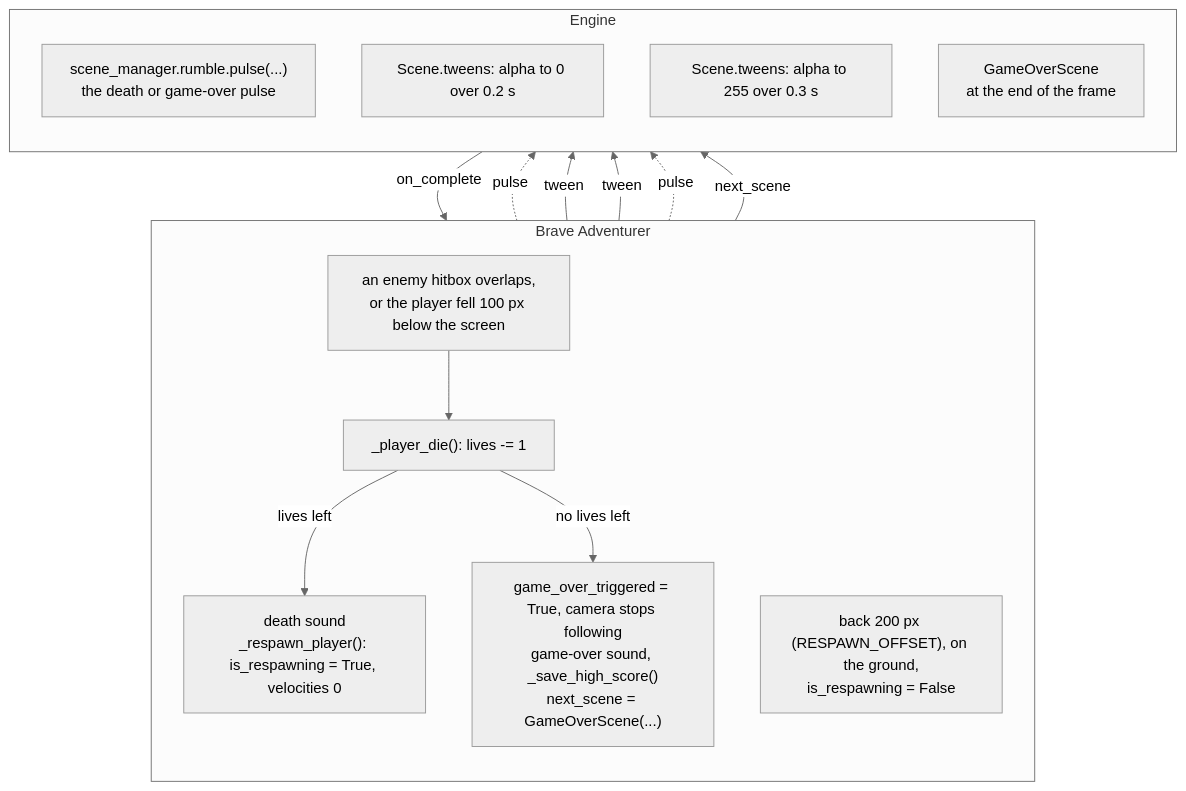
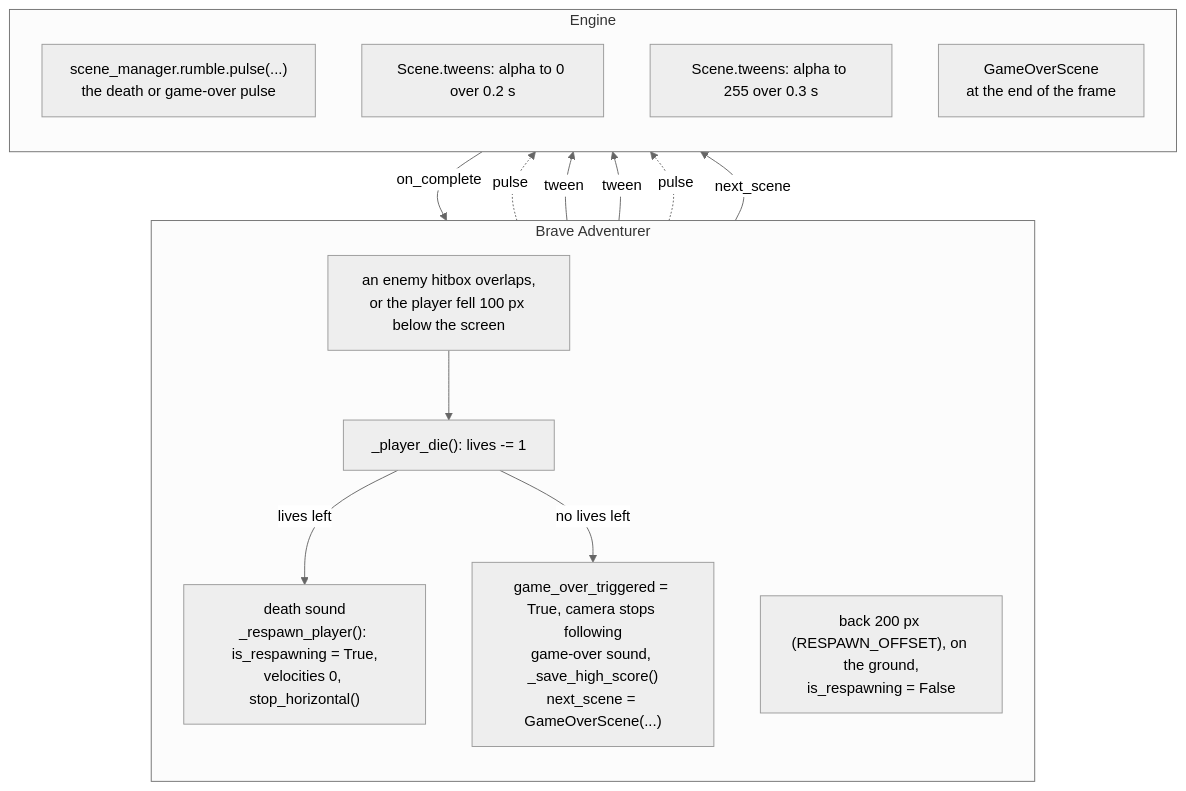
The third of 7 diagrams in docs/games/brave_adventurer.md (terrysimons/glitchygames), drawn with Mermaid (neutral theme) before and after one commit. The commit also changed other lines of this file and 93 other files, not shown here.

````diff
--- a/docs/games/brave_adventurer.md
+++ b/docs/games/brave_adventurer.md
@@ -276,28 +280,28 @@
 ```mermaid
 flowchart TB
     subgraph GAME_DEATH["Brave Adventurer"]
         direction TB
         hit["an enemy hitbox overlaps,<br/>or the player fell 100 px below the screen"]
         die["_player_die#40;#41;: lives -= 1"]
-        respawn["death sound<br/>_respawn_player#40;#41;: is_respawning = True, velocities 0"]
+        respawn["death sound<br/>_respawn_player#40;#41;: is_respawning = True,<br/>velocities 0, stop_horizontal#40;#41;"]
         place["back 200 px #40;RESPAWN_OFFSET#41;, on the ground,<br/>is_respawning = False"]
         over["game_over_triggered = True, camera stops following<br/>game-over sound, _save_high_score#40;#41;<br/>next_scene = GameOverScene#40;...#41;"]
     end
     subgraph ENGINE_DEATH["Engine"]
         direction TB
         rumble["scene_manager.rumble.pulse#40;...#41;<br/>the death or game-over pulse"]
         fadeout["Scene.tweens: alpha to 0 over 0.2 s"]
         fadein["Scene.tweens: alpha to 255 over 0.3 s"]
         gameover["GameOverScene<br/>at the end of the frame"]
     end
 
     hit --> die
     die -->|"lives left"| respawn
     respawn -.->|"pulse"| rumble
     respawn -->|"tween"| fadeout
     fadeout -->|"on_complete"| place
     place -->|"tween"| fadein
     die -->|"no lives left"| over
     over -.->|"pulse"| rumble
     over -->|"next_scene"| gameover
 ```
````
